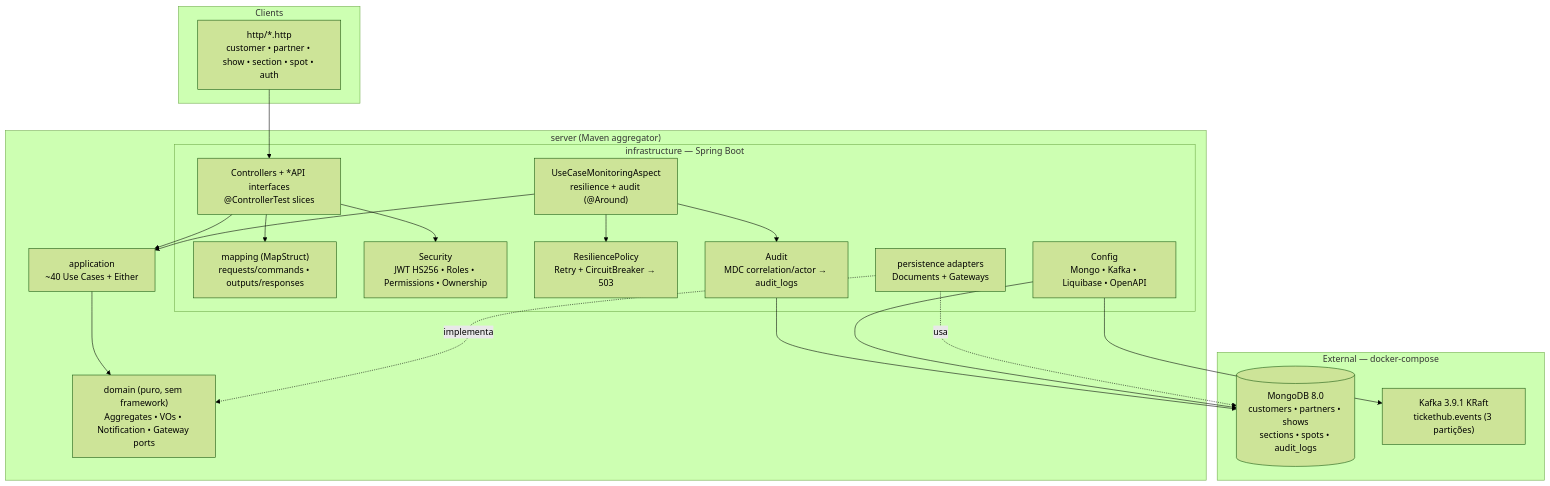
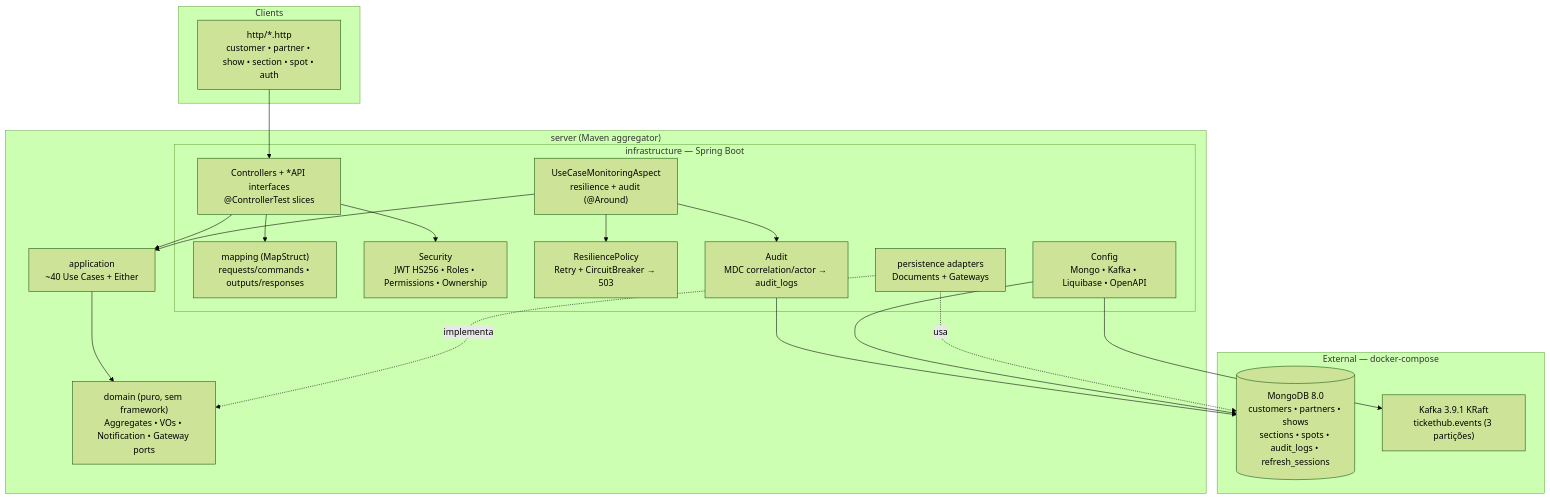
One commit to MatheusJFA/TicketHub changed the first of 3 diagrams in docs/architecture.md. Above: the diagram before and after it, drawn with Mermaid (forest theme). The commit also changed other lines of this file and 3 other files, not shown here.

````diff
--- a/docs/architecture.md
+++ b/docs/architecture.md
@@ -8,40 +8,40 @@
 ```mermaid
 flowchart TB
     subgraph Clients["Clients"]
         HTTP["http/*.http\ncustomer • partner • show • section • spot • auth"]
     end
 
     subgraph Server["server (Maven aggregator)"]
         subgraph Infra["infrastructure — Spring Boot"]
             API["Controllers + *API interfaces\n@ControllerTest slices"]
             MAP["mapping (MapStruct)\nrequests/commands • outputs/responses"]
             ASP["UseCaseMonitoringAspect\nresilience + audit (@Around)"]
             SEC["Security\nJWT HS256 • Roles • Permissions • Ownership"]
             RES["ResiliencePolicy\nRetry + CircuitBreaker → 503"]
             AUD["Audit\nMDC correlation/actor → audit_logs"]
             CFG["Config\nMongo • Kafka • Liquibase • OpenAPI"]
             PERS["persistence adapters\nDocuments + Gateways"]
         end
         APP["application\n~40 Use Cases + Either"]
         DOM["domain (puro, sem framework)\nAggregates • VOs • Notification • Gateway ports"]
     end
 
     subgraph Ext["External — docker-compose"]
-        MONGO[("MongoDB 8.0\ncustomers • partners • shows\nsections • spots • audit_logs")]
+        MONGO[("MongoDB 8.0\ncustomers • partners • shows\nsections • spots • audit_logs • refresh_sessions")]
         KAFKA["Kafka 3.9.1 KRaft\ntickethub.events (3 partições)"]
     end
 
     HTTP --> API
     API --> MAP
     API --> SEC
     API --> APP
     APP --> DOM
     ASP --> APP
     ASP --> RES
     ASP --> AUD
     AUD --> MONGO
     CFG --> MONGO
     CFG --> KAFKA
     PERS -.->|"implementa"| DOM
     PERS -.->|"usa"| MONGO
 ```
````
